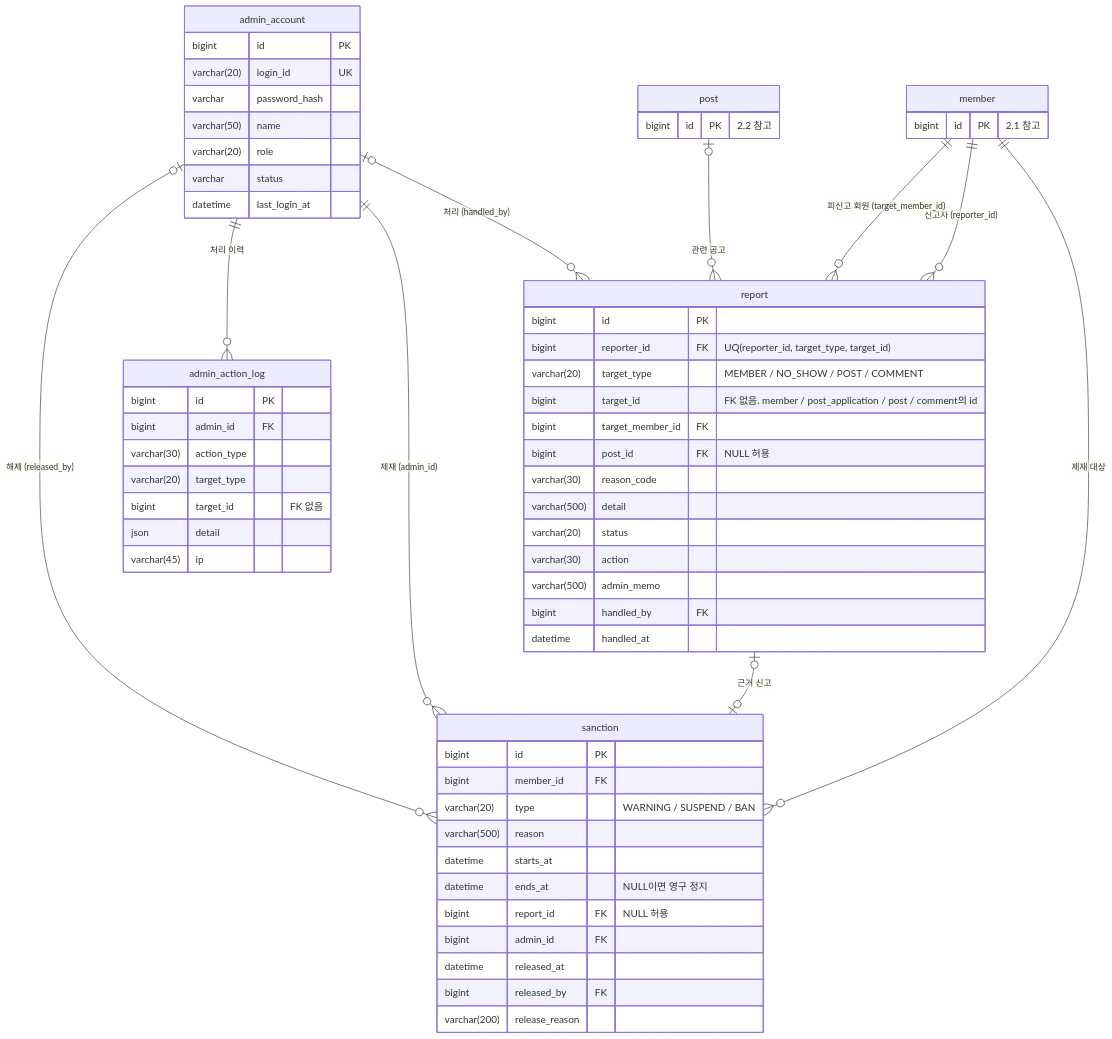
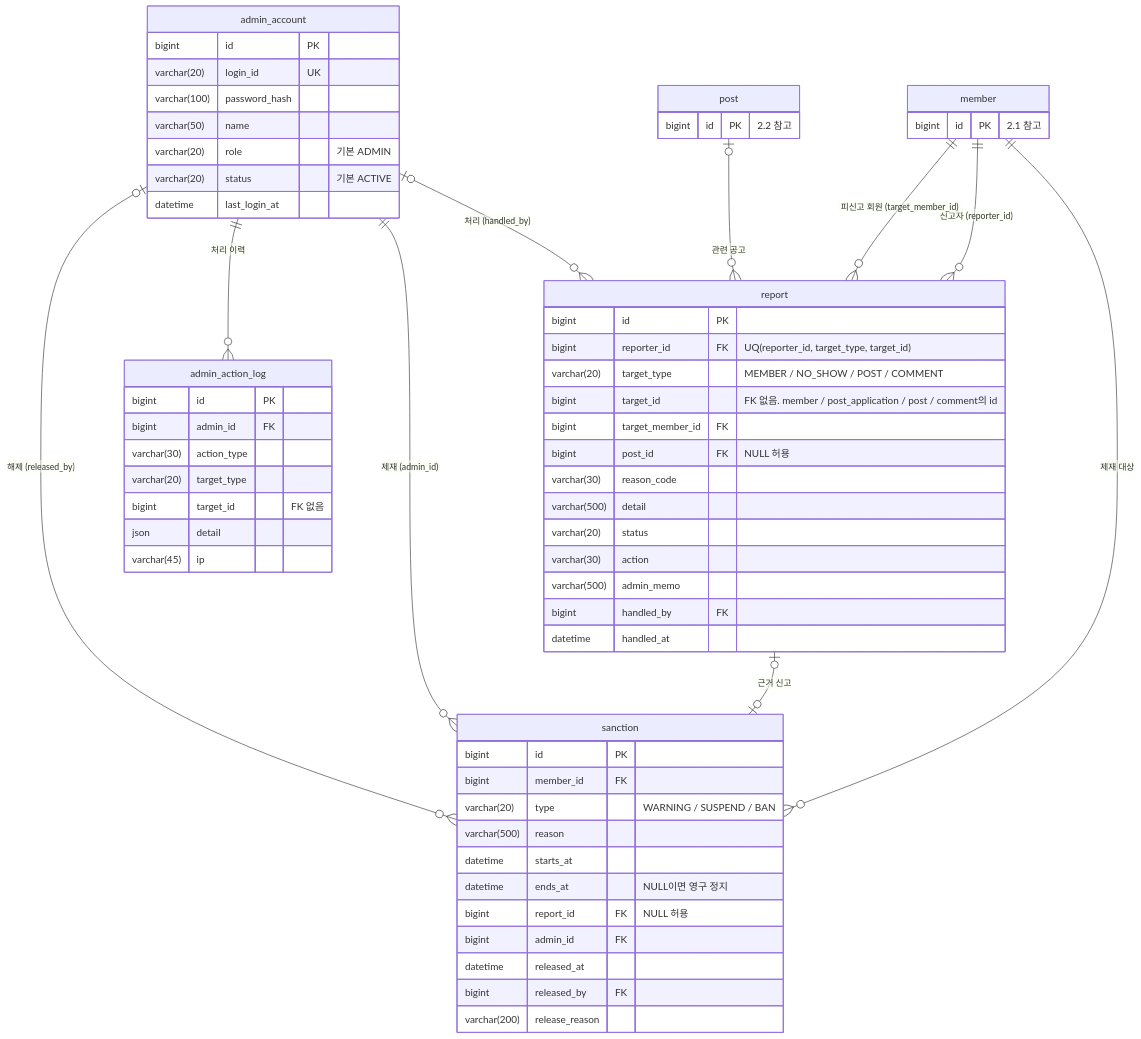
One commit to likelion-backendschool-11st/basic-project-2team changed the sixth of 6 diagrams in docs/04-erd.md. Above: the diagram before and after it, drawn with Mermaid. The commit also changed other lines of this file and 4 other files, not shown here.

First line of the commit message:
feat: MySQL 스키마(schema.sql)와 앱 전용 계정 생성 SQL 추가

````diff
--- a/docs/04-erd.md
+++ b/docs/04-erd.md
@@ -408,70 +408,70 @@
 ```mermaid
 erDiagram
     member ||--o{ report : "신고자 (reporter_id)"
     member ||--o{ report : "피신고 회원 (target_member_id)"
     post |o--o{ report : "관련 공고"
     admin_account |o--o{ report : "처리 (handled_by)"
     member ||--o{ sanction : "제재 대상"
     report |o--o| sanction : "근거 신고"
     admin_account ||--o{ sanction : "제재 (admin_id)"
     admin_account |o--o{ sanction : "해제 (released_by)"
     admin_account ||--o{ admin_action_log : "처리 이력"
 
     report {
         bigint id PK
         bigint reporter_id FK "UQ(reporter_id, target_type, target_id)"
         varchar(20) target_type "MEMBER / NO_SHOW / POST / COMMENT"
         bigint target_id "FK 없음. member / post_application / post / comment의 id"
         bigint target_member_id FK
         bigint post_id FK "NULL 허용"
         varchar(30) reason_code
         varchar(500) detail
         varchar(20) status
         varchar(30) action
         varchar(500) admin_memo
         bigint handled_by FK
         datetime handled_at
     }
 
     sanction {
         bigint id PK
         bigint member_id FK
         varchar(20) type "WARNING / SUSPEND / BAN"
         varchar(500) reason
         datetime starts_at
         datetime ends_at "NULL이면 영구 정지"
         bigint report_id FK "NULL 허용"
         bigint admin_id FK
         datetime released_at
         bigint released_by FK
         varchar(200) release_reason
     }
 
     admin_account {
         bigint id PK
         varchar(20) login_id UK
-        varchar password_hash
+        varchar(100) password_hash
         varchar(50) name
-        varchar(20) role
-        varchar status
+        varchar(20) role "기본 ADMIN"
+        varchar(20) status "기본 ACTIVE"
         datetime last_login_at
     }
 
     admin_action_log {
         bigint id PK
         bigint admin_id FK
         varchar(30) action_type
         varchar(20) target_type
         bigint target_id "FK 없음"
         json detail
         varchar(45) ip
     }
 
     member {
         bigint id PK "2.1 참고"
     }
 
     post {
         bigint id PK "2.2 참고"
     }
 ```
````
